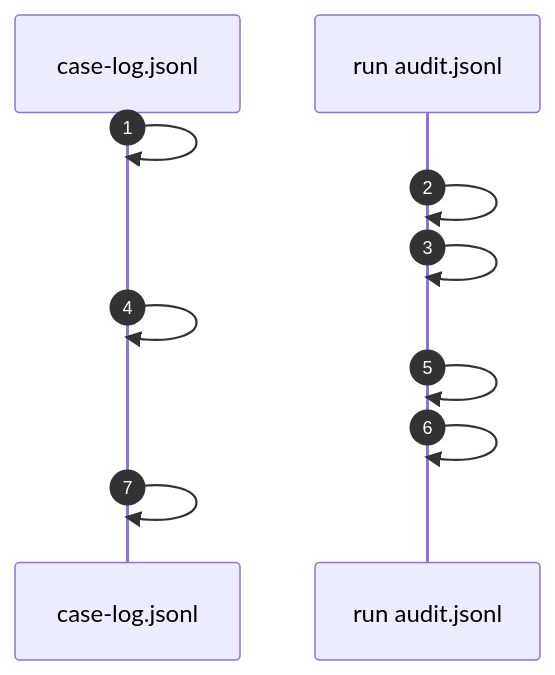
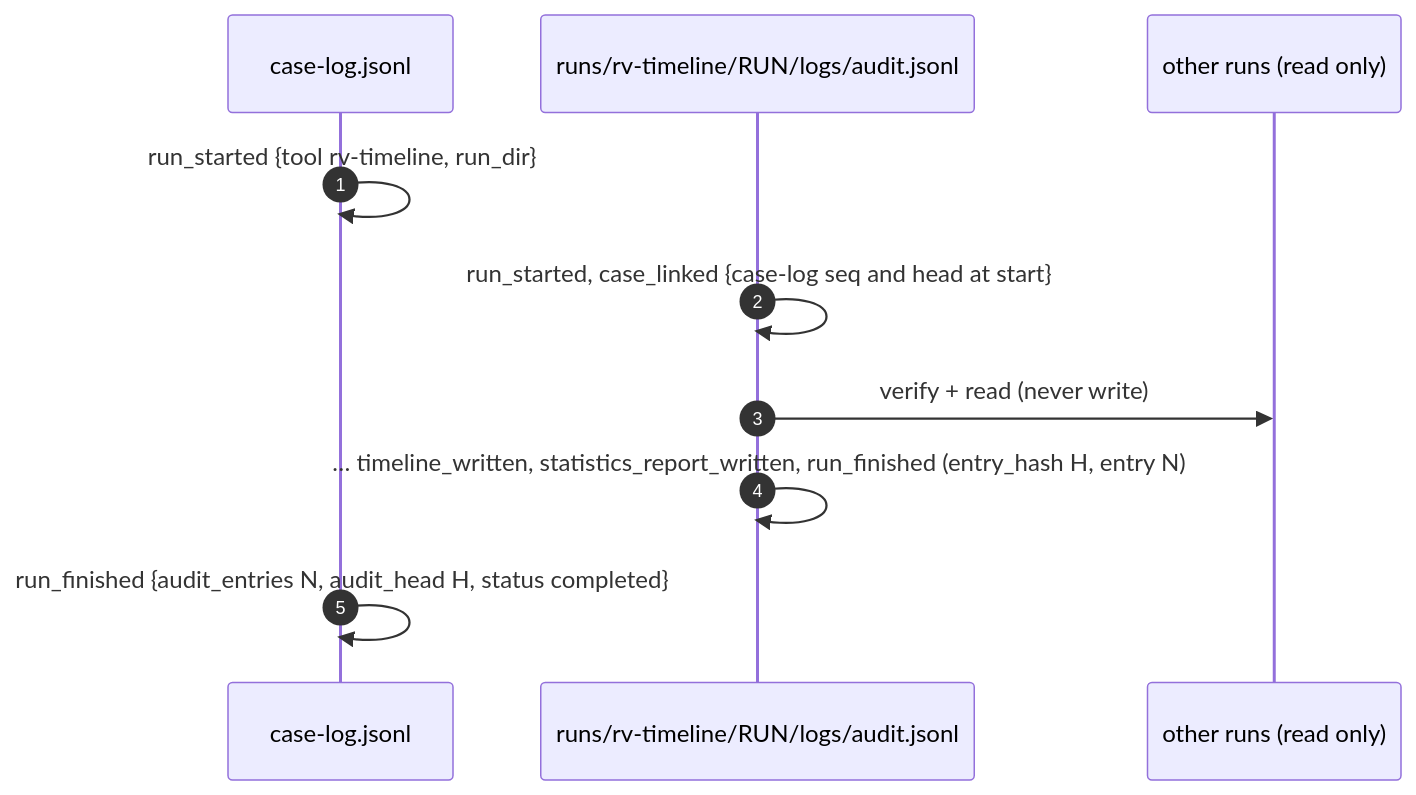
The ninth of 10 diagrams in docs/theory.md (Panacota96/rv-timeline), drawn with Mermaid before and after one commit. The commit also changed other lines of this file and 984 other files, not shown here.

First line of the commit message:
feat: RV Timeline v0.1 — cited case timeline from the Rakvor tools' outputs (#3)

````diff
--- a/docs/theory.md
+++ b/docs/theory.md
@@ -576,13 +563,12 @@
 ```mermaid
 sequenceDiagram
     autonumber
     participant C as case-log.jsonl
-    participant A as run audit.jsonl
-    C->>C: #2 run_started {run_dir, role}  entry_hash 57d5208e…a6a0
-    A->>A: #1 run_started
-    A->>A: #2 case_linked {case_log_seq_at_start 2, case_log_head_at_start 57d5208e…a6a0, registry_sha256}
-    C->>C: #3 evidence_registered {added E0001–E0003, registry_sha256 60c195b9…199c}
-    A->>A: #14–#16 evidence_registered {evidence_id, case_log_seq 3, registry_sha256}
-    A->>A: #23 run_finished  entry_hash 92040a6e…ea62
-    C->>C: #4 run_finished {audit_entries 23, audit_head 92040a6e…ea62}
+    participant A as runs/rv-timeline/RUN/logs/audit.jsonl
+    participant O as other runs (read only)
+    C->>C: run_started {tool rv-timeline, run_dir}
+    A->>A: run_started, case_linked {case-log seq and head at start}
+    A->>O: verify + read (never write)
+    A->>A: … timeline_written, statistics_report_written, run_finished (entry_hash H, entry N)
+    C->>C: run_finished {audit_entries N, audit_head H, status completed}
 ```
````
